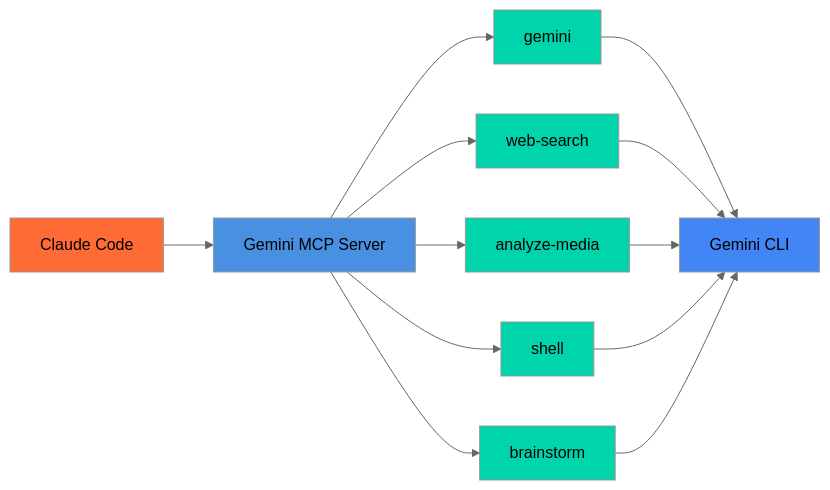
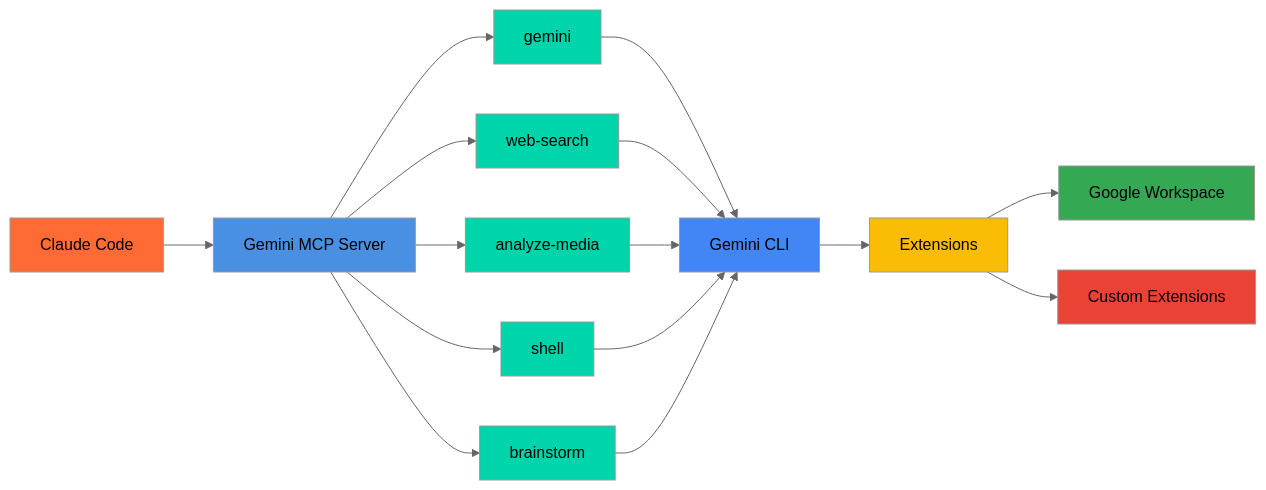
The diagram in README.md (tuannvm/gemini-mcp-server), drawn with Mermaid (neutral theme) before and after one commit. The commit also changed other lines of this file and 14 other files, not shown here.

````diff
--- a/README.md
+++ b/README.md
@@ -9,23 +9,29 @@
 ```mermaid
 graph LR
     A[Claude Code] --> B[Gemini MCP Server]
     B --> C[gemini]
     B --> S[web-search]
     B --> M[analyze-media]
     B --> SH[shell]
     B --> D[brainstorm]
     C --> H[Gemini CLI]
     S --> H
     M --> H
     SH --> H
     D --> H
+    H --> E[Extensions]
+    E --> W[Google Workspace]
+    E --> X[Custom Extensions]
 
     style A fill:#FF6B35
     style B fill:#4A90E2
     style C fill:#00D4AA
     style S fill:#00D4AA
     style M fill:#00D4AA
     style SH fill:#00D4AA
     style D fill:#00D4AA
     style H fill:#4285F4
+    style E fill:#FBBC05
+    style W fill:#34A853
+    style X fill:#EA4335
 ```
````
